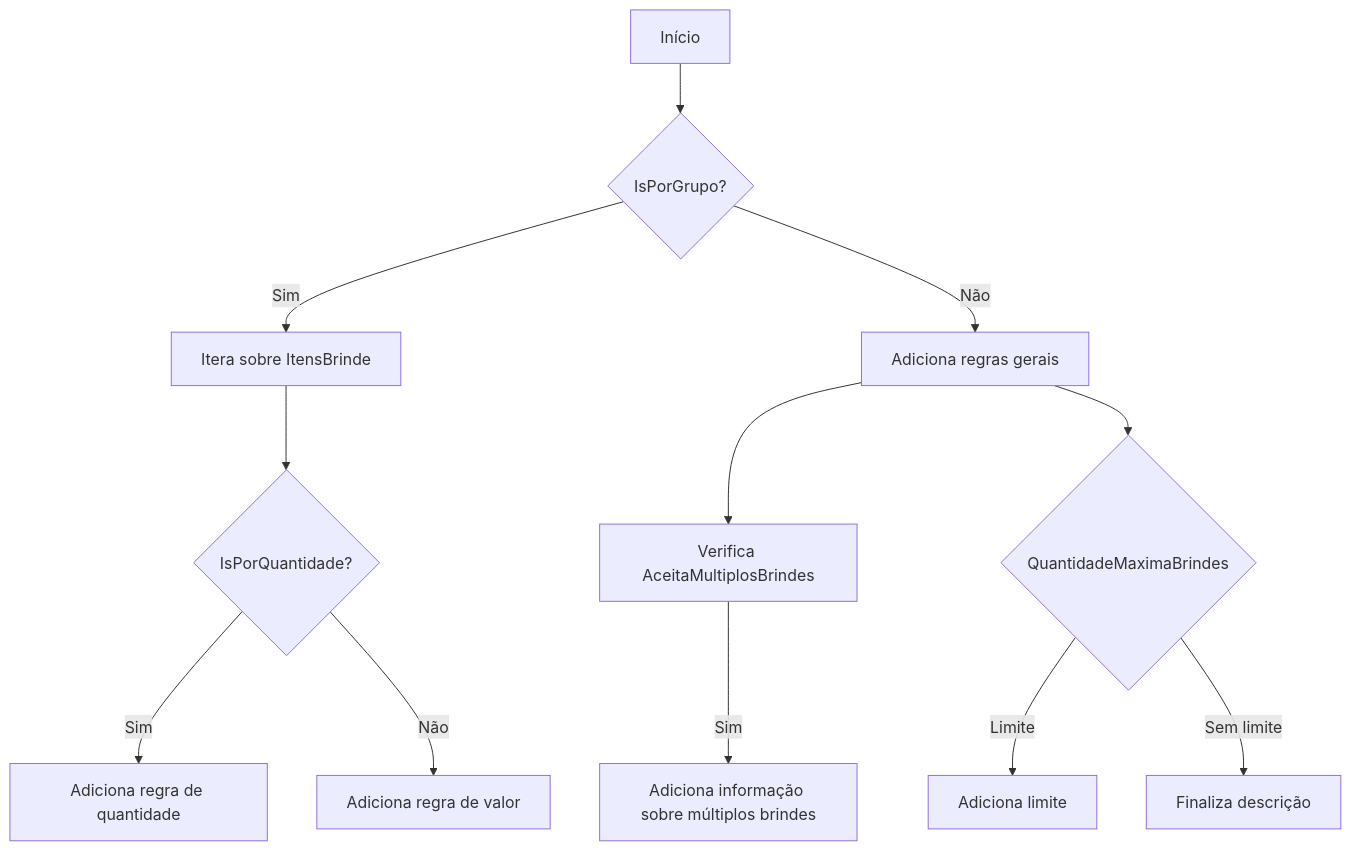
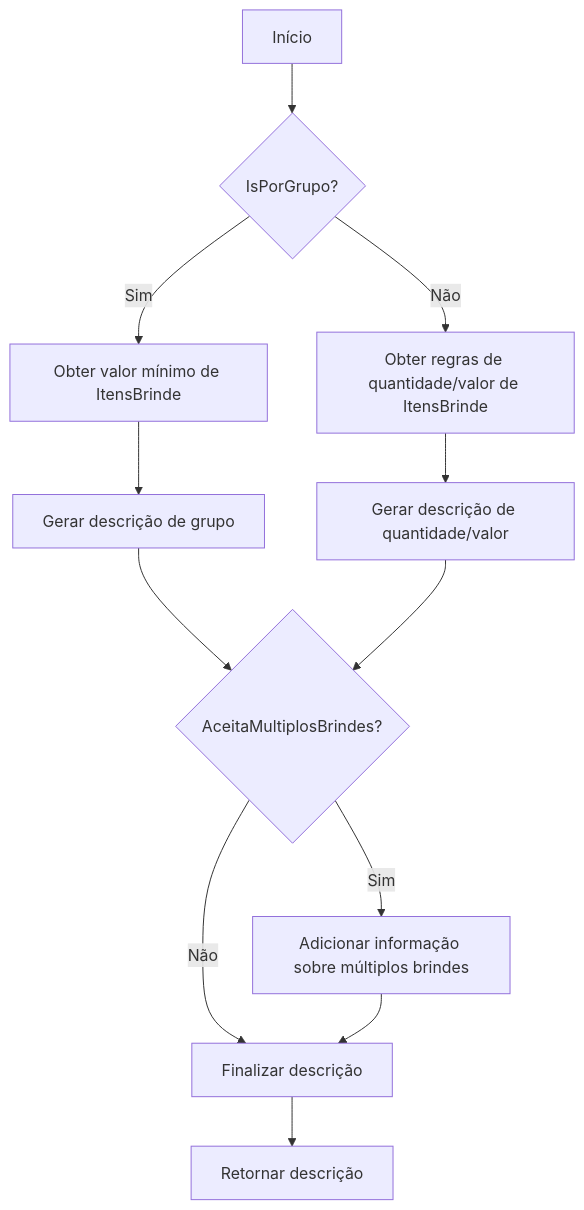
Before and after one commit to IsthmusSistemas/documentacao-tecnica: the first of 2 diagrams in docs/b2b-dominio/IsthmusWinthor.Nucleo/IsthmusWinthor.Dominio/POCO/Precos/Brinde.md, drawn with Mermaid. The commit also changed other lines of this file and 882 other files, not shown here.

````diff
--- a/docs/b2b-dominio/IsthmusWinthor.Nucleo/IsthmusWinthor.Dominio/POCO/Precos/Brinde.md
+++ b/docs/b2b-dominio/IsthmusWinthor.Nucleo/IsthmusWinthor.Dominio/POCO/Precos/Brinde.md
@@ -19,14 +19,17 @@
 ```mermaid
 flowchart TD
     A[Início] --> B{IsPorGrupo?}
-    B -->|Sim| C[Itera sobre ItensBrinde]
-    C --> D{IsPorQuantidade?}
-    D -->|Sim| E[Adiciona regra de quantidade]
-    D -->|Não| F[Adiciona regra de valor]
-    B -->|Não| G[Adiciona regras gerais]
-    G --> H[Verifica AceitaMultiplosBrindes]
-    H -->|Sim| I[Adiciona informação sobre múltiplos brindes]
-    G --> J{QuantidadeMaximaBrindes}
-    J -->|Limite| K[Adiciona limite]
-    J -->|Sem limite| L[Finaliza descrição]
+    B -- Sim --> C[Obter valor mínimo de ItensBrinde]
+    B -- Não --> D[Obter regras de quantidade/valor de ItensBrinde]
+
+    C --> E[Gerar descrição de grupo]
+    D --> F[Gerar descrição de quantidade/valor]
+
+    E --> G{AceitaMultiplosBrindes?}
+    F --> G
+    G -- Sim --> H[Adicionar informação sobre múltiplos brindes]
+    G -- Não --> I[Finalizar descrição]
+
+    H --> I
+    I --> J[Retornar descrição]
 ```
````
